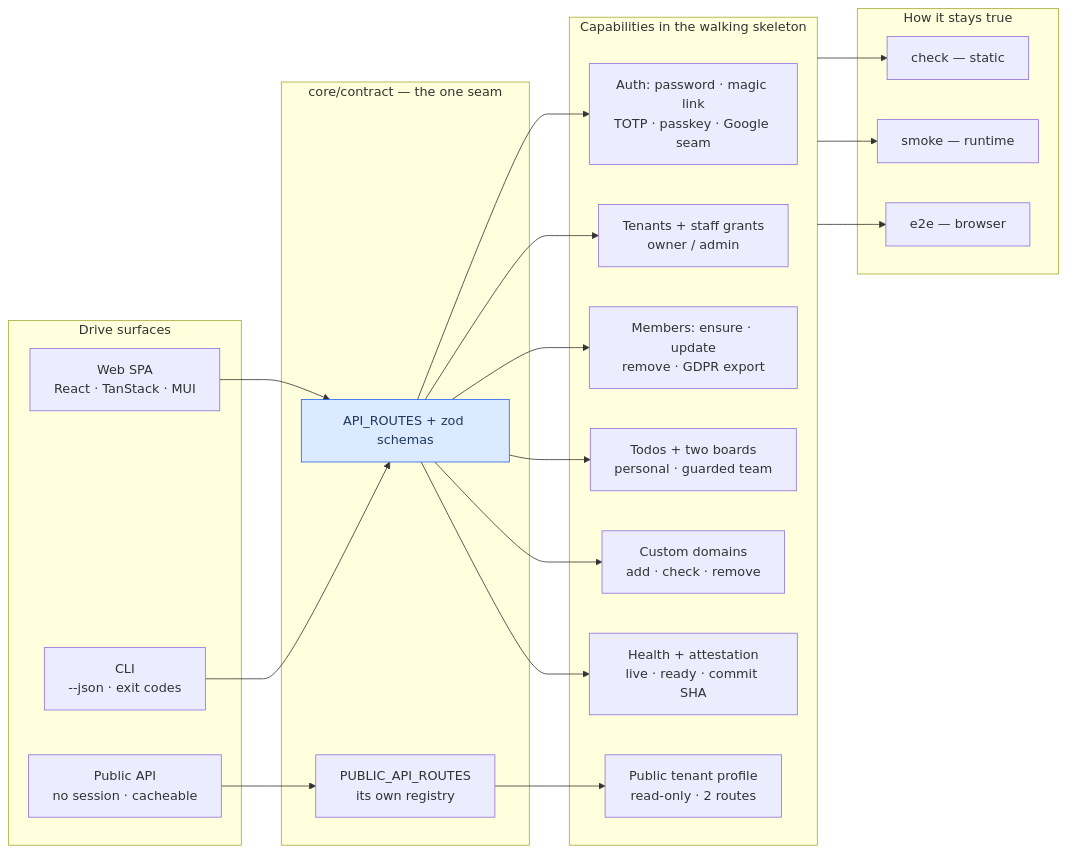
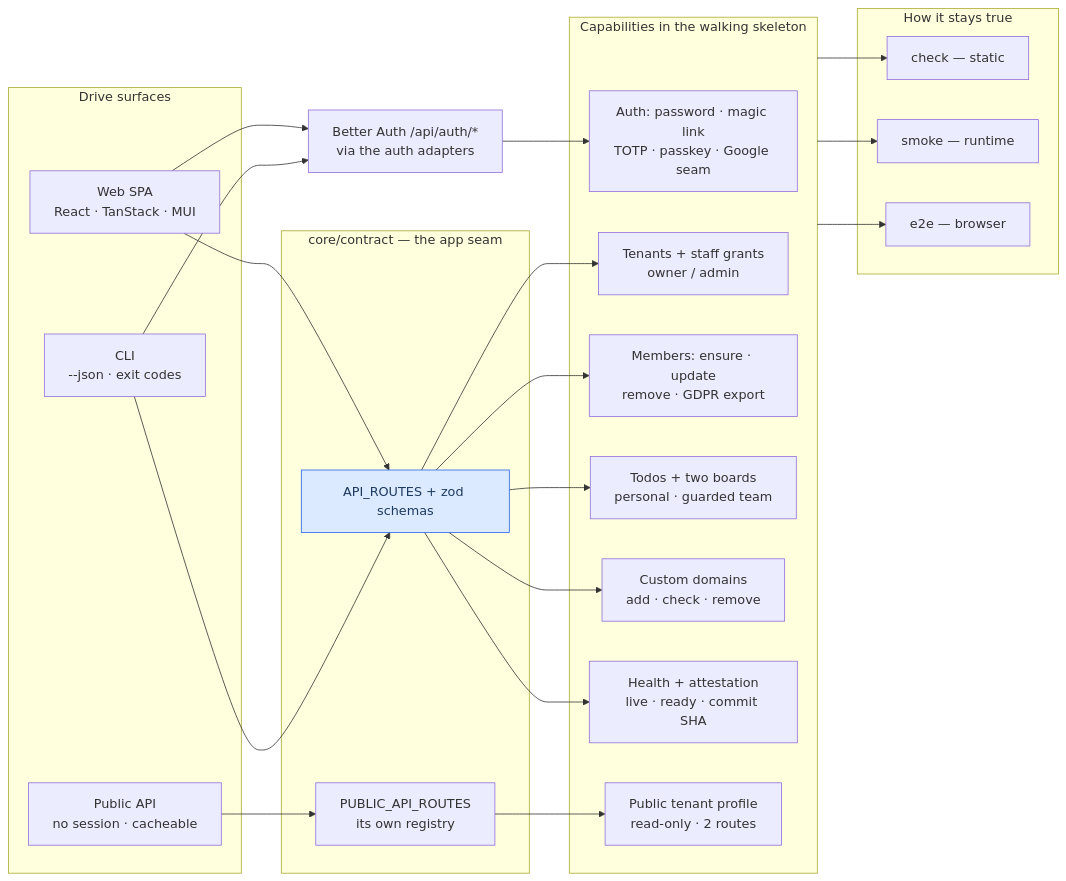
The diagram in website/docs/start/landing.md (chomamateusz/agentproofarch), drawn with Mermaid before and after one commit. The commit also changed other lines of this file, not shown here.

````diff
--- a/website/docs/start/landing.md
+++ b/website/docs/start/landing.md
@@ -160,47 +169,51 @@
 ```mermaid
 graph LR
   subgraph surfaces["Drive surfaces"]
     web["Web SPA<br/>React · TanStack · MUI"]
     cli["CLI<br/>--json · exit codes"]
     pub["Public API<br/>no session · cacheable"]
   end
 
-  subgraph seam["core/contract — the one seam"]
+  subgraph seam["core/contract — the app seam"]
     routes["API_ROUTES + zod schemas"]
     publicRoutes["PUBLIC_API_ROUTES<br/>its own registry"]
   end
+
+  authRoutes["Better Auth /api/auth/*<br/>via the auth adapters"]
 
   subgraph caps["Capabilities in the walking skeleton"]
     auth["Auth: password · magic link<br/>TOTP · passkey · Google seam"]
     tenants["Tenants + staff grants<br/>owner / admin"]
     members["Members: ensure · update<br/>remove · GDPR export"]
     work["Todos + two boards<br/>personal · guarded team"]
     domains["Custom domains<br/>add · check · remove"]
     health["Health + attestation<br/>live · ready · commit SHA"]
     profile["Public tenant profile<br/>read-only · 2 routes"]
   end
 
   subgraph gates["How it stays true"]
     check["check — static"]
     smoke["smoke — runtime"]
     e2e["e2e — browser"]
   end
 
   web --> routes
   cli --> routes
+  web --> authRoutes
+  cli --> authRoutes
   pub --> publicRoutes
-  routes --> auth
+  authRoutes --> auth
   routes --> tenants
   routes --> members
   routes --> work
   routes --> domains
   routes --> health
   publicRoutes --> profile
 
   caps --> check
   caps --> smoke
   caps --> e2e
 
   classDef highlight fill:#dbeafe,stroke:#2563eb,color:#1e3a5f;
   class routes highlight;
 ```
````
